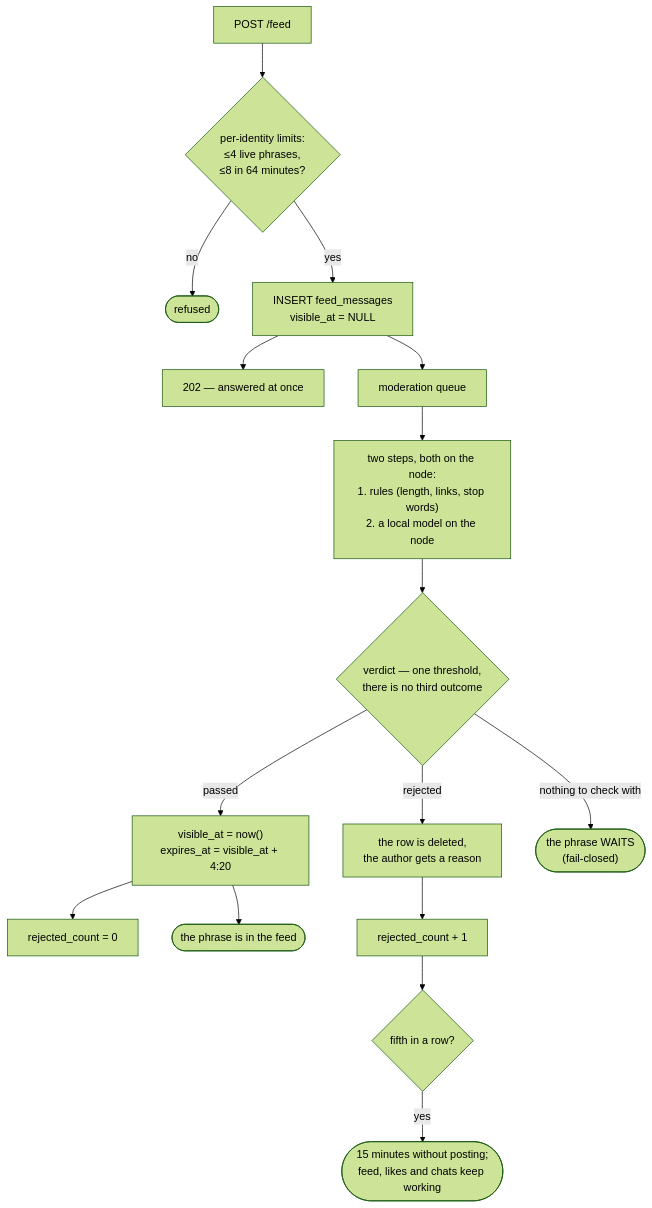
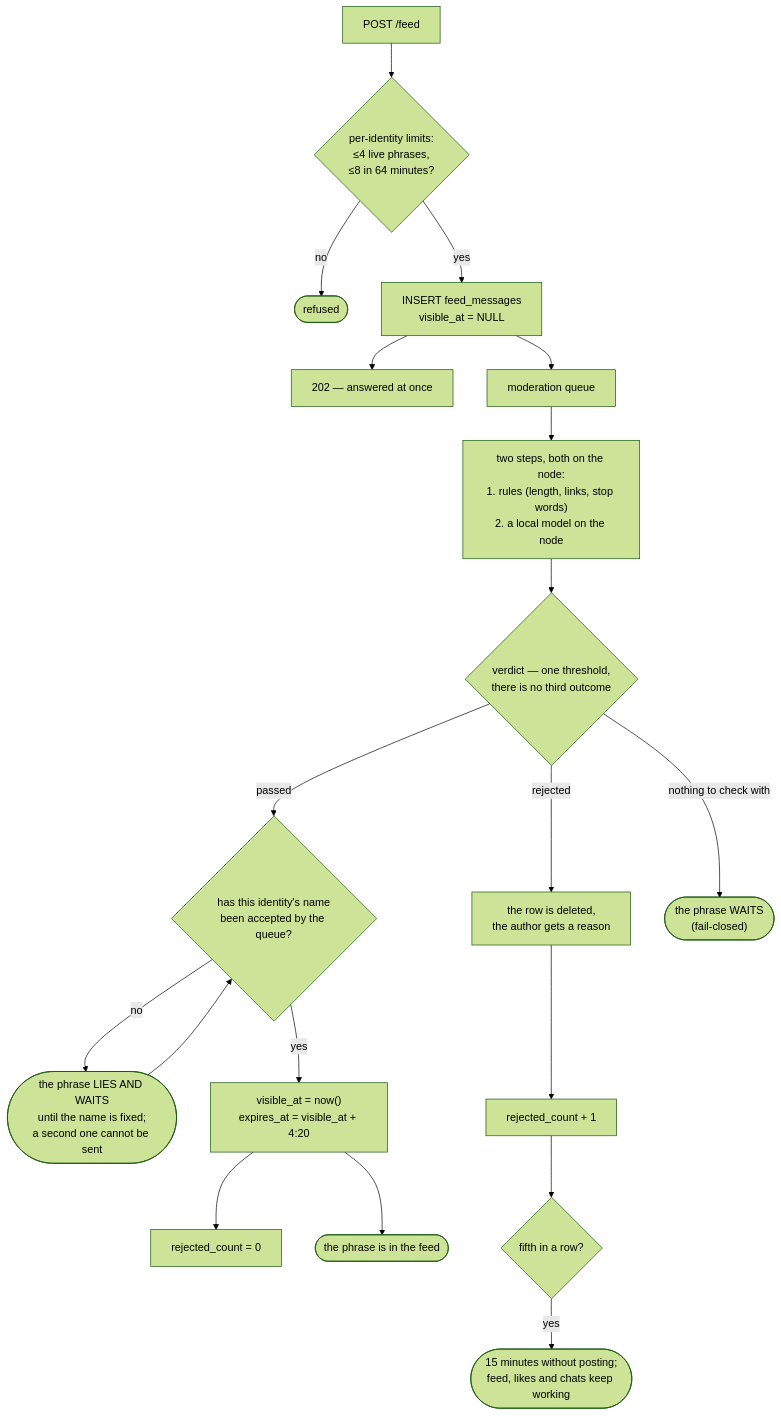
The seventh of 29 diagrams in docs/chat-flows_EN.md (panov-id/xor.ad), drawn with Mermaid (forest theme) before and after one commit. The commit also changed other lines of this file and 9 other files, not shown here.

First line of the commit message:
Walk every flow against the decisions, and write down what proves them

````diff
--- a/docs/chat-flows_EN.md
+++ b/docs/chat-flows_EN.md
@@ -218,18 +222,21 @@
 ```mermaid
 flowchart TD
   post["POST /feed"] --> limits{"per-identity limits:<br/>≤4 live phrases,<br/>≤8 in 64 minutes?"}
   limits -- "no" --> refuse(["refused"])
   limits -- "yes" --> insert["INSERT feed_messages<br/>visible_at = NULL"]
   insert --> ans["202 — answered at once"]
   insert --> queue["moderation queue"]
   queue --> ladder["two steps, both on the node:<br/>1. rules #40;length, links, stop words#41;<br/>2. a local model on the node"]
   ladder --> verdict{"verdict — one threshold,<br/>there is no third outcome"}
-  verdict -- "passed" --> live["visible_at = now#40;#41;<br/>expires_at = visible_at + 4:20"]
+  verdict -- "passed" --> name{"has this identity's name<br/>been accepted by the queue?"}
+  name -- "no" --> hold(["the phrase LIES AND WAITS<br/>until the name is fixed;<br/>a second one cannot be sent"])
+  hold --> name
+  name -- "yes" --> live["visible_at = now#40;#41;<br/>expires_at = visible_at + 4:20"]
   live --> zero["rejected_count = 0"]
   live --> shown(["the phrase is in the feed"])
   verdict -- "rejected" --> del["the row is deleted,<br/>the author gets a reason"]
   del --> count["rejected_count + 1"]
   count --> block{"fifth in a row?"}
   block -- "yes" --> mute(["15 minutes without posting;<br/>feed, likes and chats keep working"])
   verdict -- "nothing to check with" --> wait(["the phrase WAITS<br/>#40;fail-closed#41;"])
 ```
````
